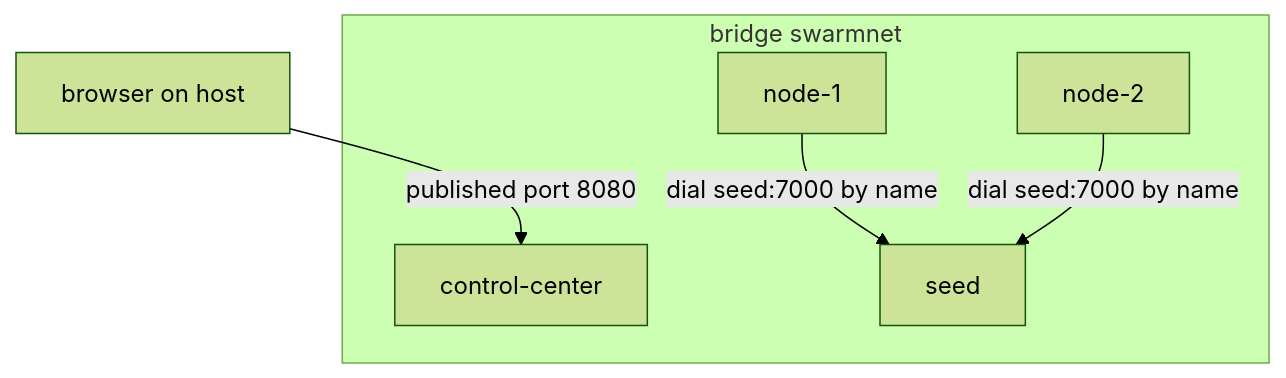
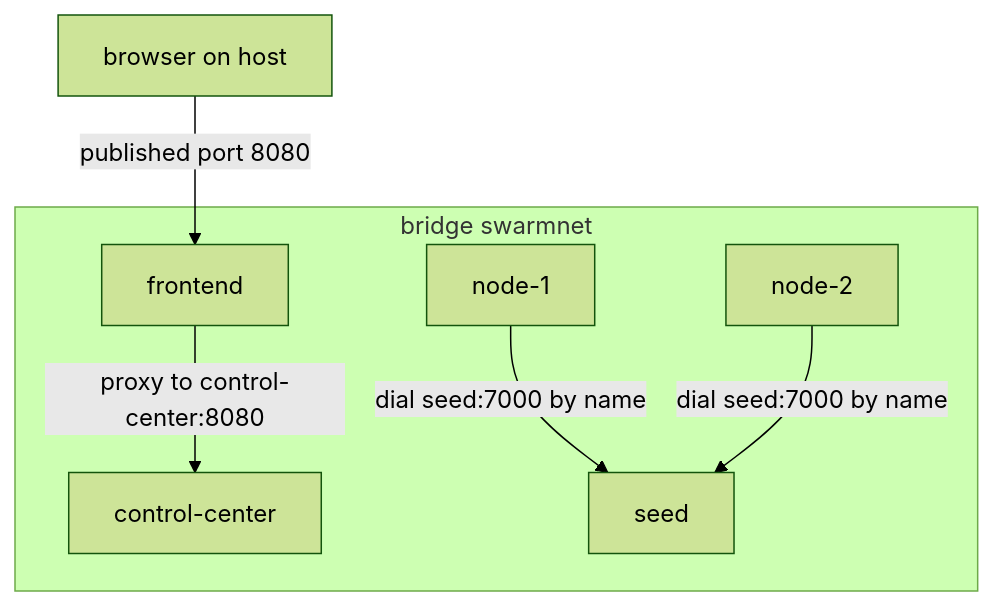
Before and after one commit to Aditya-Jyoti/swarm-communication: the diagram in docs/concepts/docker-bridge-networking.md, drawn with Mermaid (forest theme). The commit also changed other lines of this file and 5 other files, not shown here.

````diff
--- a/docs/concepts/docker-bridge-networking.md
+++ b/docs/concepts/docker-bridge-networking.md
@@ -18,12 +18,14 @@
 ```mermaid
 flowchart TD
-    B[browser on host] -->|"published port 8080"| CC[control-center]
+    B[browser on host] -->|"published port 8080"| F[frontend]
     subgraph swarmnet [bridge swarmnet]
-        CC
+        F
+        CC[control-center]
         S[seed]
         N1[node-1]
         N2[node-2]
     end
+    F -->|"proxy to control-center:8080"| CC
     N1 -->|"dial seed:7000 by name"| S
     N2 -->|"dial seed:7000 by name"| S
 ```
````
